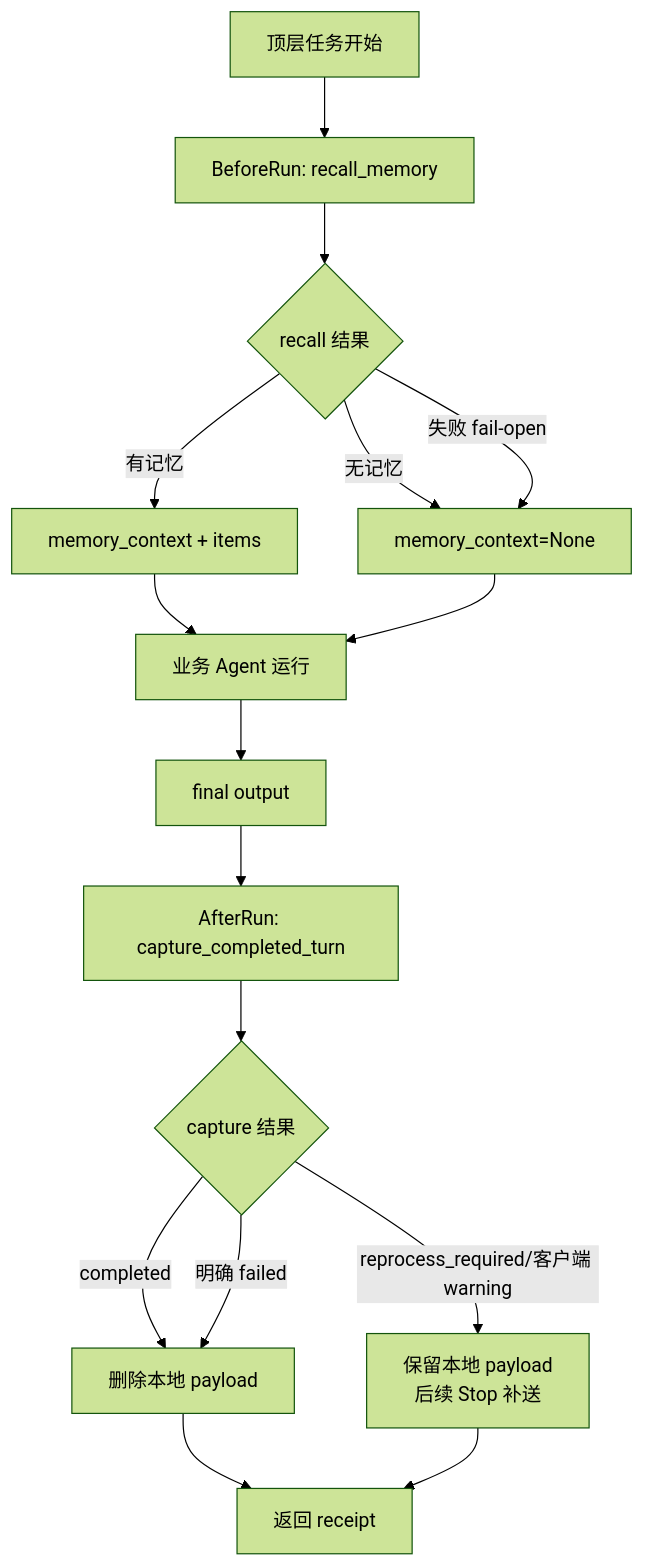
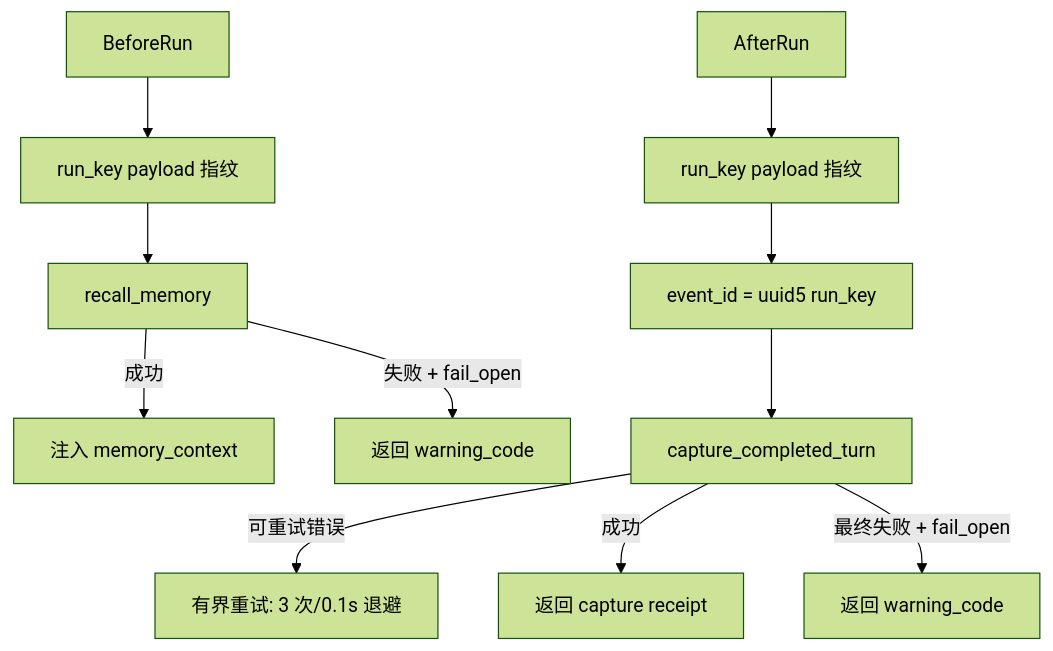
One commit to dxiaosen/memory-mcp changed diagram 11 of 11 in docs/design.md. Above: the diagram before and after it, drawn with Mermaid (forest theme). The commit also changed other lines of this file and 13 other files, not shown here.

````diff
--- a/docs/design.md
+++ b/docs/design.md
@@ -1074,18 +827,13 @@
 ```mermaid
 flowchart TD
-    A[顶层任务开始] --> B[BeforeRun: recall_memory]
-    B --> C{recall 结果}
-    C -->|有记忆| D[memory_context + items]
-    C -->|无记忆| E[memory_context=None]
-    C -->|失败 fail-open| E
-    D --> F[业务 Agent 运行]
-    E --> F
-    F --> G[final output]
-    G --> H[AfterRun: capture_completed_turn]
-    H --> I{capture 结果}
-    I -->|completed| J[删除本地 payload]
-    I -->|reprocess_required/客户端 warning| K[保留本地 payload<br/>后续 Stop 补送]
-    I -->|明确 failed| J
-    J --> L[返回 receipt]
-    K --> L
+    BR[BeforeRun] --> FP[run_key payload 指纹]
+    FP --> RC[recall_memory]
+    RC -->|成功| INJ[注入 memory_context]
+    RC -->|失败 + fail_open| WN[返回 warning_code]
+    AR[AfterRun] --> FP2[run_key payload 指纹]
+    FP2 --> EV[event_id = uuid5 run_key]
+    EV --> CP[capture_completed_turn]
+    CP -->|可重试错误| RT[有界重试: 3 次/0.1s 退避]
+    CP -->|成功| RC2[返回 capture receipt]
+    CP -->|最终失败 + fail_open| WN2[返回 warning_code]
 ```
````
